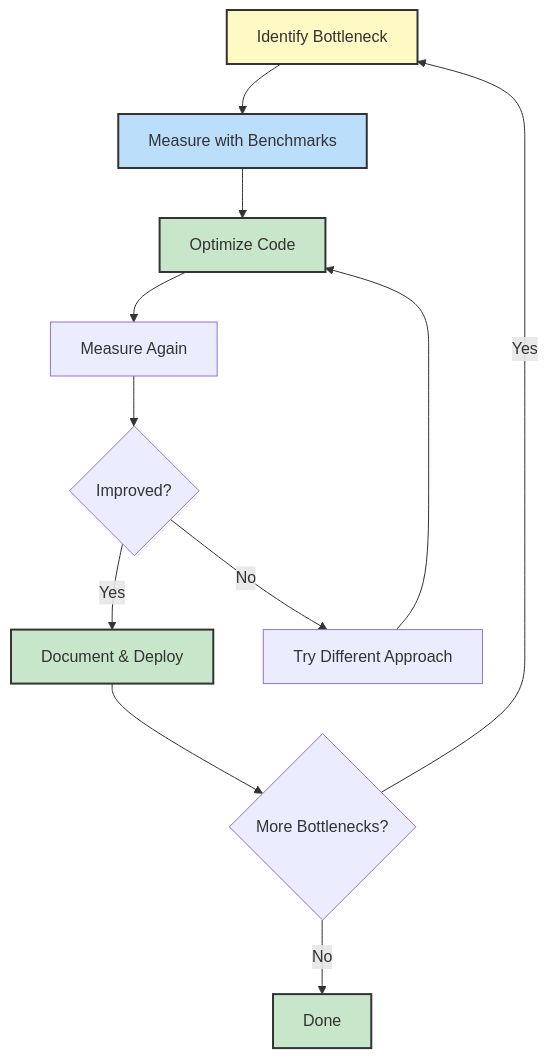
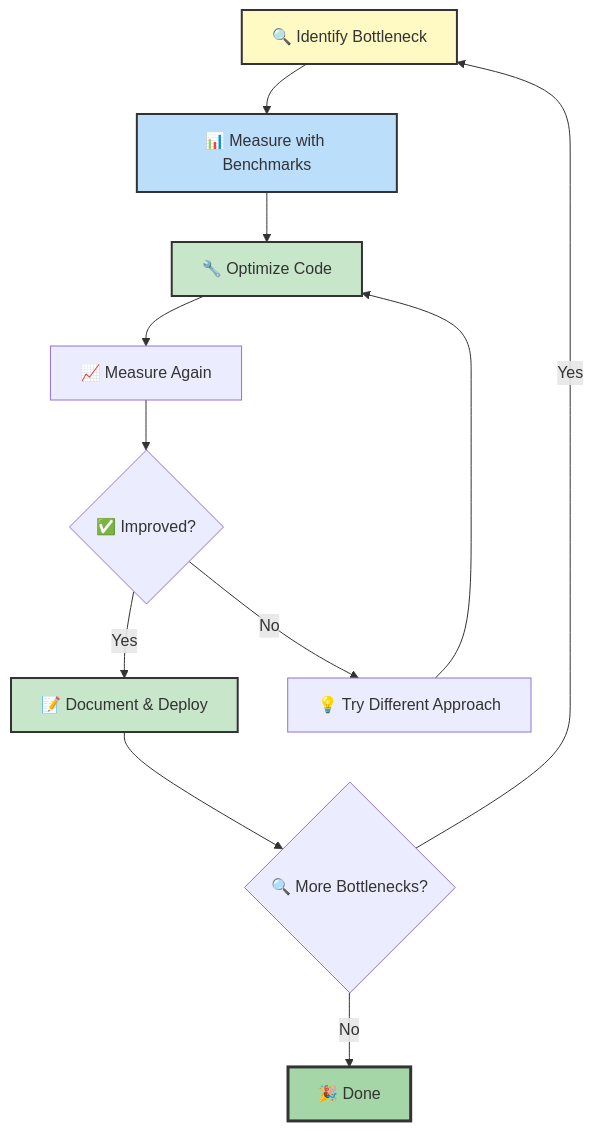
The first of 8 diagrams in C# fundamentals/day13-performance.md (NguyenPhamCode4You/ai-home-lab-docker-compose), drawn with Mermaid before and after one commit. The commit also changed other lines of this file and 1 other file, not shown here.

````diff
--- a/C# fundamentals/day13-performance.md
+++ b/C# fundamentals/day13-performance.md
@@ -17,21 +21,21 @@
 ```mermaid
-graph TB
-    A[Identify Bottleneck] --> B[Measure with Benchmarks]
-    B --> C[Optimize Code]
-    C --> D[Measure Again]
-    D --> E{Improved?}
+flowchart TB
+    A[🔍 Identify Bottleneck] --> B[📊 Measure with Benchmarks]
+    B --> C[🔧 Optimize Code]
+    C --> D[📈 Measure Again]
+    D --> E{✅ Improved?}
 
-    E -->|Yes| F[Document & Deploy]
-    E -->|No| G[Try Different Approach]
+    E -->|Yes| F[📝 Document & Deploy]
+    E -->|No| G[💡 Try Different Approach]
     G --> C
 
-    F --> H{More Bottlenecks?}
+    F --> H{🔍 More Bottlenecks?}
     H -->|Yes| A
-    H -->|No| I[Done]
+    H -->|No| I[🎉 Done]
 
     style A fill:#fff9c4,stroke:#333,stroke-width:2px
     style B fill:#bbdefb,stroke:#333,stroke-width:2px
     style C fill:#c8e6c9,stroke:#333,stroke-width:2px
     style F fill:#c8e6c9,stroke:#333,stroke-width:2px
-    style I fill:#c8e6c9,stroke:#333,stroke-width:2px
+    style I fill:#a5d6a7,stroke:#333,stroke-width:3px
 ```
````
